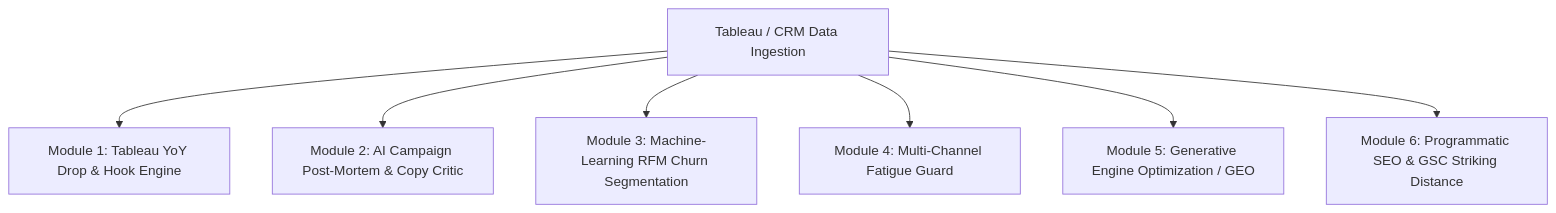
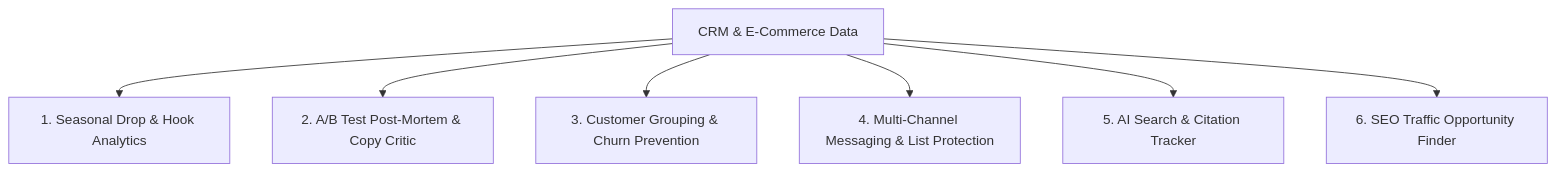
Before and after one commit to Faizan021/growth-intelligence-engine: the diagram in README.md, drawn with Mermaid. The commit also changed other lines of this file and 1 other file, not shown here.

````diff
--- a/README.md
+++ b/README.md
@@ -26,9 +26,9 @@
 ```mermaid
 graph TD
-    A[Tableau / CRM Data Ingestion] --> B[Module 1: Tableau YoY Drop & Hook Engine]
-    A --> C[Module 2: AI Campaign Post-Mortem & Copy Critic]
-    A --> D[Module 3: Machine-Learning RFM Churn Segmentation]
-    A --> E[Module 4: Multi-Channel Fatigue Guard]
-    A --> F[Module 5: Generative Engine Optimization / GEO]
-    A --> G[Module 6: Programmatic SEO & GSC Striking Distance]
+    A[CRM & E-Commerce Data] --> B[1. Seasonal Drop & Hook Analytics]
+    A --> C[2. A/B Test Post-Mortem & Copy Critic]
+    A --> D[3. Customer Grouping & Churn Prevention]
+    A --> E[4. Multi-Channel Messaging & List Protection]
+    A --> F[5. AI Search & Citation Tracker]
+    A --> G[6. SEO Traffic Opportunity Finder]
 ```
````
